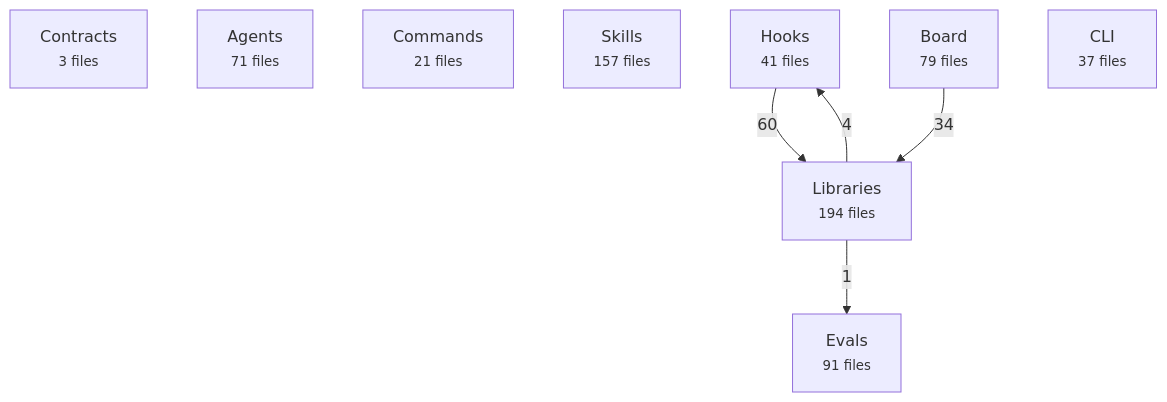
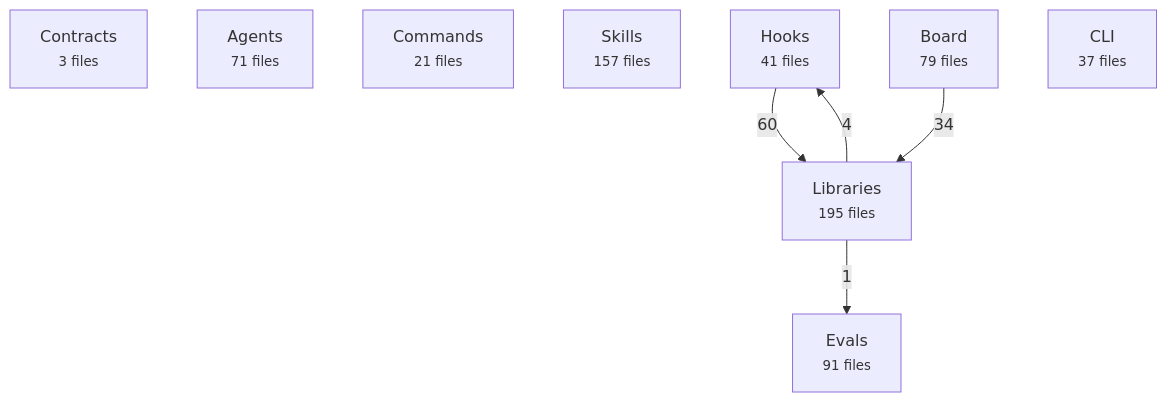
Before and after one commit to avelikiy/great_cto: the first of 2 diagrams in docs/reference/architecture-map.md, drawn with Mermaid. The commit also changed other lines of this file and 5 other files, not shown here.

````diff
--- a/docs/reference/architecture-map.md
+++ b/docs/reference/architecture-map.md
@@ -20,16 +20,16 @@
 ```mermaid
 flowchart TD
   contracts["Contracts<br/><small>3 files</small>"]
   agents["Agents<br/><small>71 files</small>"]
   commands["Commands<br/><small>21 files</small>"]
   skills["Skills<br/><small>157 files</small>"]
   hooks["Hooks<br/><small>41 files</small>"]
-  libs["Libraries<br/><small>194 files</small>"]
+  libs["Libraries<br/><small>195 files</small>"]
   board["Board<br/><small>79 files</small>"]
   cli["CLI<br/><small>37 files</small>"]
   evals["Evals<br/><small>91 files</small>"]
   hooks -->|60| libs
   board -->|34| libs
   libs -->|4| hooks
   libs -->|1| evals
 ```
````
